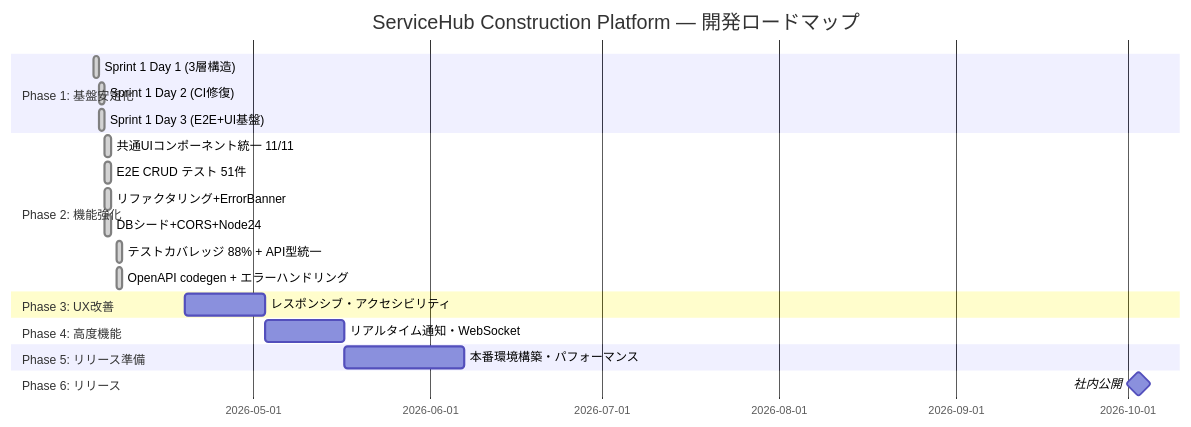
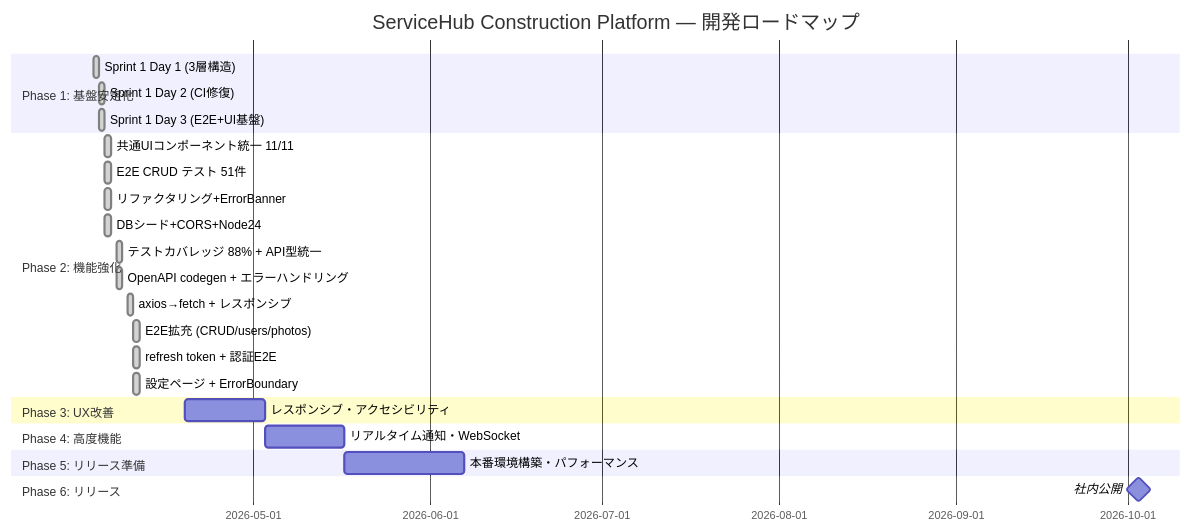
The fifth of 7 diagrams in README.md (Kensan196948G/ServiceHub-Construction-Platform), drawn with Mermaid before and after one commit. The commit also changed other lines of this file, not shown here.

First line of the commit message:
docs(readme): PR #90 反映 — E2E 159件・12ページ・ErrorBoundary 追加

````diff
--- a/README.md
+++ b/README.md
@@ -250,24 +255,28 @@
 ```mermaid
 gantt
     title ServiceHub Construction Platform — 開発ロードマップ
     dateFormat  YYYY-MM-DD
     section Phase 1: 基盤安定化
     Sprint 1 Day 1 (3層構造)         :done, s1d1, 2026-04-03, 1d
     Sprint 1 Day 2 (CI修復)          :done, s1d2, 2026-04-04, 1d
     Sprint 1 Day 3 (E2E+UI基盤)      :done, s1d3, 2026-04-04, 1d
     section Phase 2: 機能強化
     共通UIコンポーネント統一 11/11     :done, s2a, 2026-04-05, 1d
     E2E CRUD テスト 51件              :done, s2b, 2026-04-05, 1d
     リファクタリング+ErrorBanner      :done, s2c, 2026-04-05, 1d
     DBシード+CORS+Node24              :done, s2d, 2026-04-05, 1d
     テストカバレッジ 88% + API型統一    :done, s2e, 2026-04-07, 1d
     OpenAPI codegen + エラーハンドリング :done, s2f, 2026-04-07, 1d
+    axios→fetch + レスポンシブ         :done, s2g, 2026-04-09, 1d
+    E2E拡充 (CRUD/users/photos)        :done, s2h, 2026-04-10, 1d
+    refresh token + 認証E2E            :done, s2i, 2026-04-10, 1d
+    設定ページ + ErrorBoundary          :done, s2j, 2026-04-10, 1d
     section Phase 3: UX改善
     レスポンシブ・アクセシビリティ    :s3, 2026-04-19, 14d
     section Phase 4: 高度機能
     リアルタイム通知・WebSocket       :s4, 2026-05-03, 14d
     section Phase 5: リリース準備
     本番環境構築・パフォーマンス      :s5, 2026-05-17, 21d
     section Phase 6: リリース
     社内公開                          :milestone, m1, 2026-10-03, 0d
 ```
````
